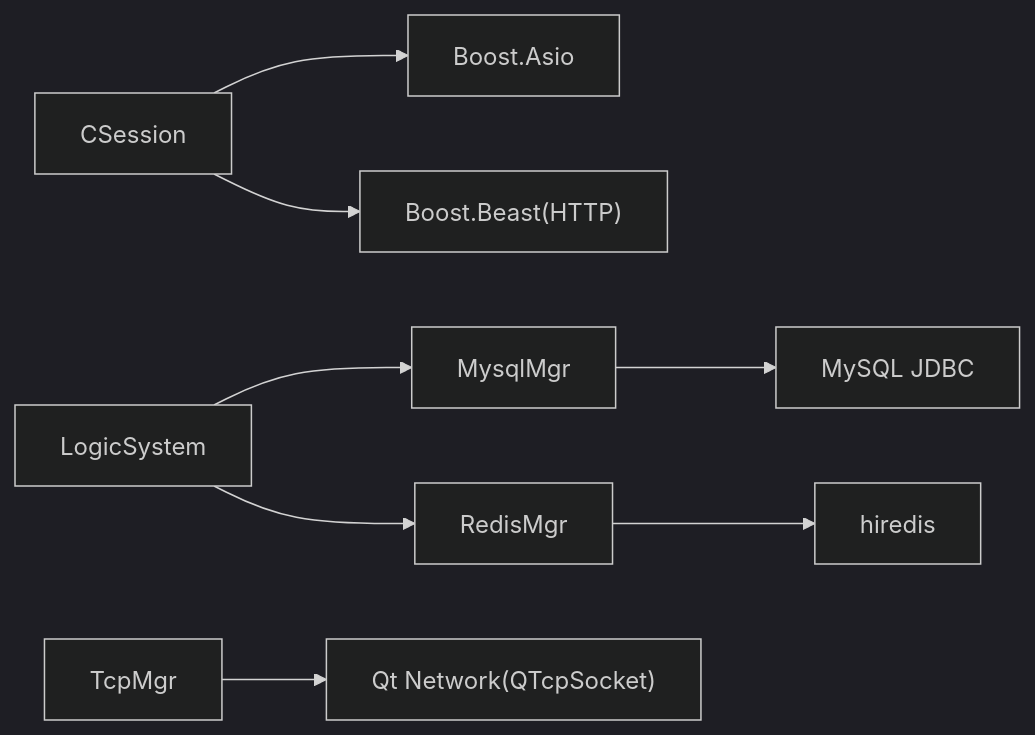
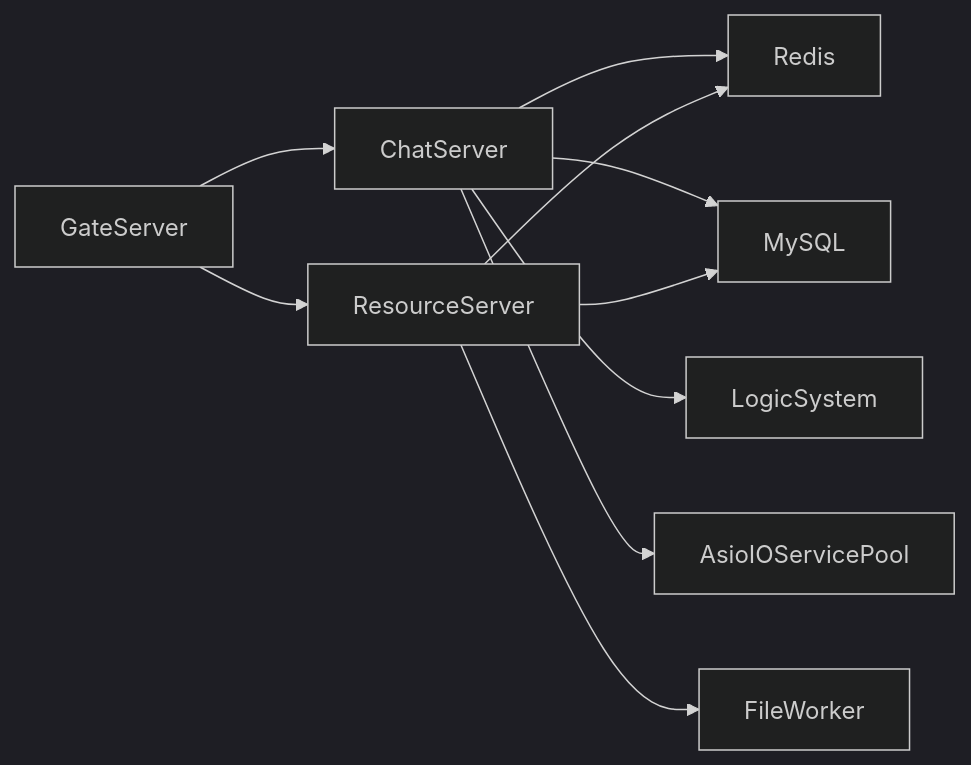
The sixth of 6 diagrams in .qoder/repowiki/zh/content/性能优化/性能优化.md (echo9923/mychatter), drawn with Mermaid (dark theme) before and after one commit. The commit also changed other lines of this file and 526 other files, not shown here.

Commit message:
docs: 为ChatServer所有头文件添加详细Doxygen注释 - 为18个头文件的类、函数、成员变量添加完整的中文注释 - 包含类职责说明、参数描述、返回值说明 - 涵盖AsioIOServicePool/CServer/CSession/LogicSystem等核心模块 - 同时更新GateServer的VerifyGrpcClient.h注释

````diff
--- a/.qoder/repowiki/zh/content/性能优化/性能优化.md
+++ b/.qoder/repowiki/zh/content/性能优化/性能优化.md
@@ -311,10 +275,12 @@
 ```mermaid
 graph LR
-CSession --> BoostAsio["Boost.Asio"]
-CSession --> Beast["Boost.Beast(HTTP)"]
-LogicSystem --> MysqlMgr
-LogicSystem --> RedisMgr
-TcpMgr --> QtNetwork["Qt Network(QTcpSocket)"]
-MysqlMgr --> MysqlJDBC["MySQL JDBC"]
-RedisMgr --> Hiredis["hiredis"]
+Gate["GateServer"] --> Chat["ChatServer"]
+Gate --> Resource["ResourceServer"]
+Chat --> Redis["Redis"]
+Resource --> Redis
+Chat --> MySQL["MySQL"]
+Resource --> MySQL
+Chat --> Logic["LogicSystem"]
+Chat --> Pool["AsioIOServicePool"]
+Resource --> FWorker["FileWorker"]
 ```
````
